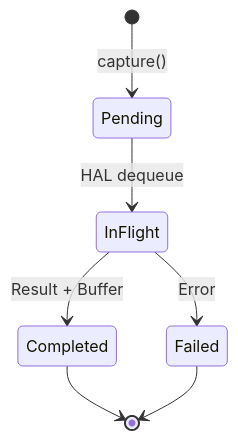
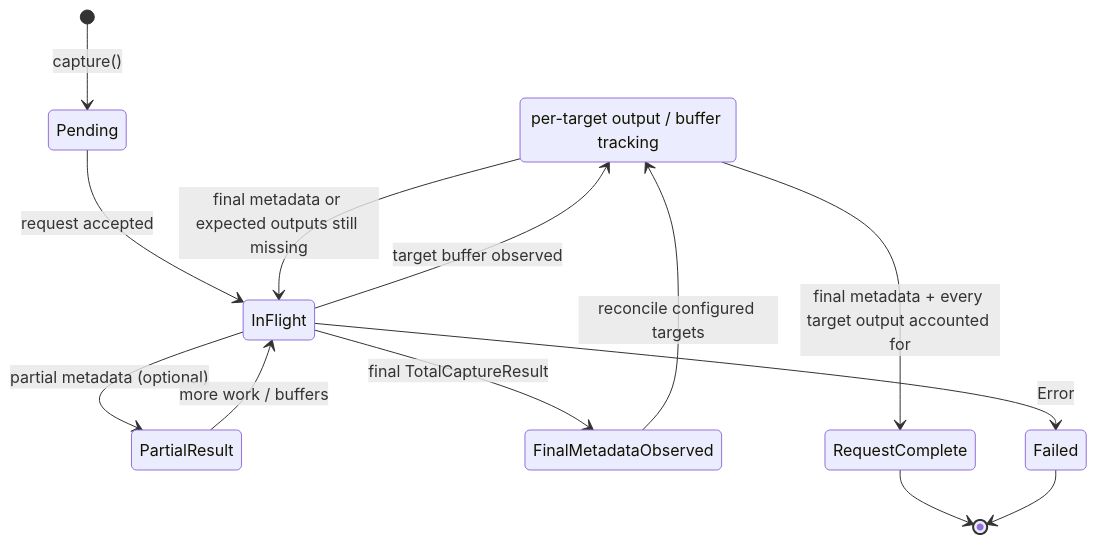
One commit to Gracker/Perfetto-Skills changed the second of 3 diagrams in skills/perfetto-performance-analysis/references/generated/pipelines/docs/camera_pipeline.md. Above: the diagram before and after it, drawn with Mermaid. The commit also changed other lines of this file and 1400 other files, not shown here.

````diff
--- a/skills/perfetto-performance-analysis/references/generated/pipelines/docs/camera_pipeline.md
+++ b/skills/perfetto-performance-analysis/references/generated/pipelines/docs/camera_pipeline.md
@@ -124,9 +125,16 @@
 ```mermaid
 stateDiagram-v2
+    state "per-target output / buffer tracking" as OutputTracking
     [*] --> Pending: capture()
-    Pending --> InFlight: HAL dequeue
-    InFlight --> Completed: Result + Buffer
+    Pending --> InFlight: request accepted
+    InFlight --> PartialResult: partial metadata (optional)
+    PartialResult --> InFlight: more work / buffers
+    InFlight --> FinalMetadataObserved: final TotalCaptureResult
+    FinalMetadataObserved --> OutputTracking: reconcile configured targets
+    InFlight --> OutputTracking: target buffer observed
+    OutputTracking --> InFlight: final metadata or expected outputs still missing
+    OutputTracking --> RequestComplete: final metadata + every target output accounted for
+    RequestComplete --> [*]
     InFlight --> Failed: Error
-    Completed --> [*]
     Failed --> [*]
 ```
````
